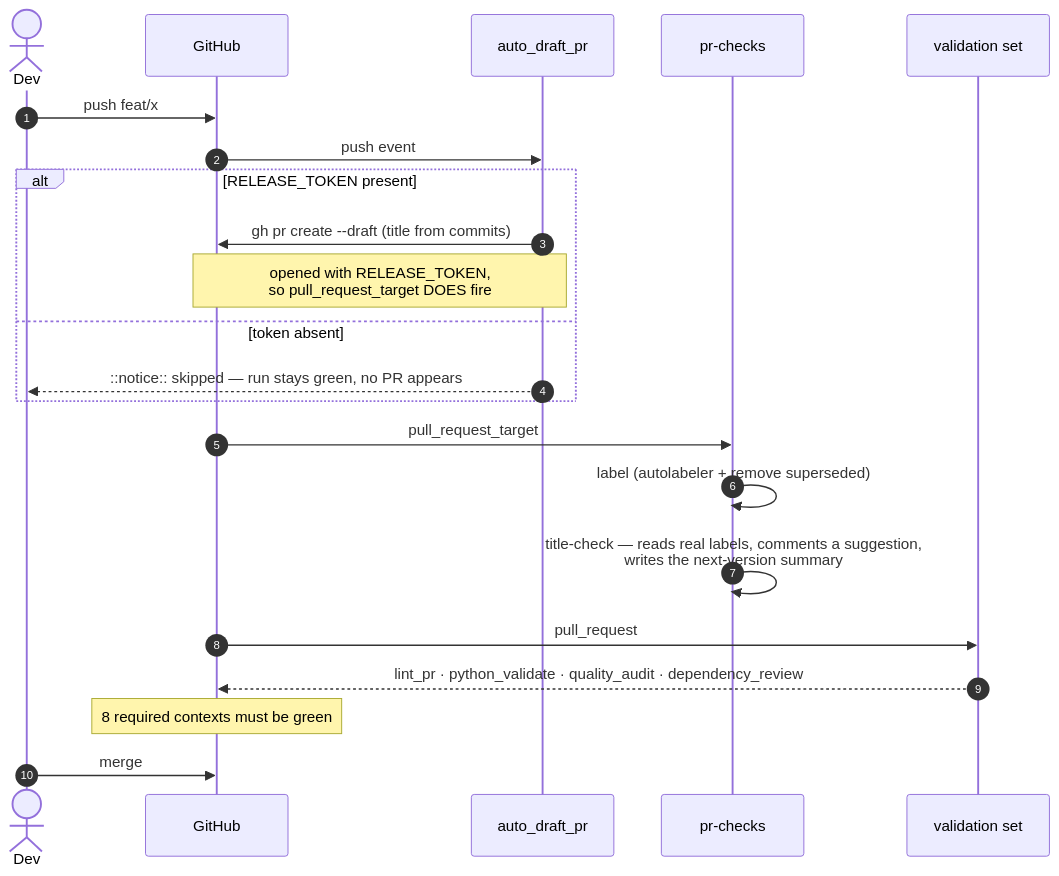
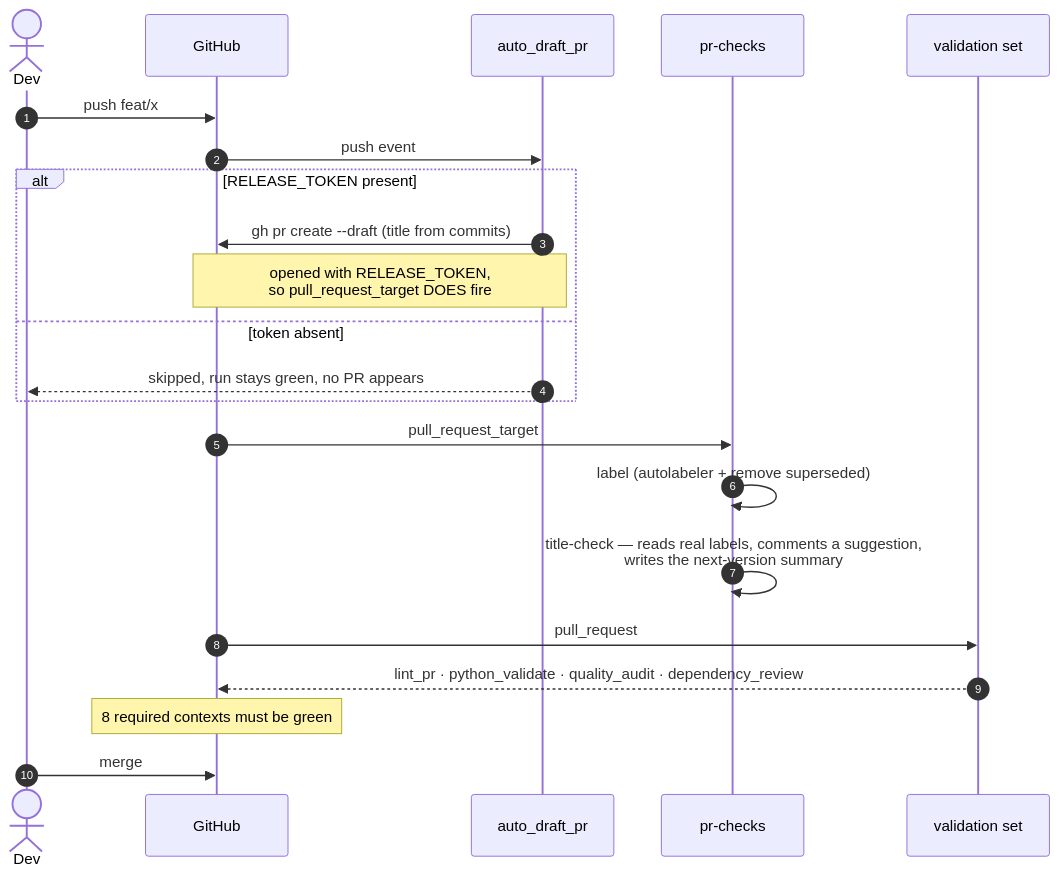
The second of 3 diagrams in docs/workflow-map.md (PineappleEmperor/ha-skills), drawn with Mermaid before and after one commit. The commit also changed other lines of this file and 1 other file, not shown here.

Commit message:
docs: say the opener warns when the token is missing

````diff
--- a/docs/workflow-map.md
+++ b/docs/workflow-map.md
@@ -110,25 +110,25 @@
 ```mermaid
 sequenceDiagram
   autonumber
   actor Dev
   participant GH as GitHub
   participant ADP as auto_draft_pr
   participant PRC as pr-checks
   participant CHK as validation set
 
   Dev->>GH: push feat/x
   GH->>ADP: push event
   alt RELEASE_TOKEN present
     ADP->>GH: gh pr create --draft (title from commits)
     Note over ADP,GH: opened with RELEASE_TOKEN,<br/>so pull_request_target DOES fire
   else token absent
-    ADP-->>Dev: ::notice:: skipped — run stays green, no PR appears
+    ADP-->>Dev: skipped, run stays green, no PR appears
   end
   GH->>PRC: pull_request_target
   PRC->>PRC: label (autolabeler + remove superseded)
   PRC->>PRC: title-check — reads real labels, comments a suggestion,<br/>writes the next-version summary
   GH->>CHK: pull_request
   CHK-->>GH: lint_pr · python_validate · quality_audit · dependency_review
   Note over GH: 8 required contexts must be green
   Dev->>GH: merge
 ```
````
